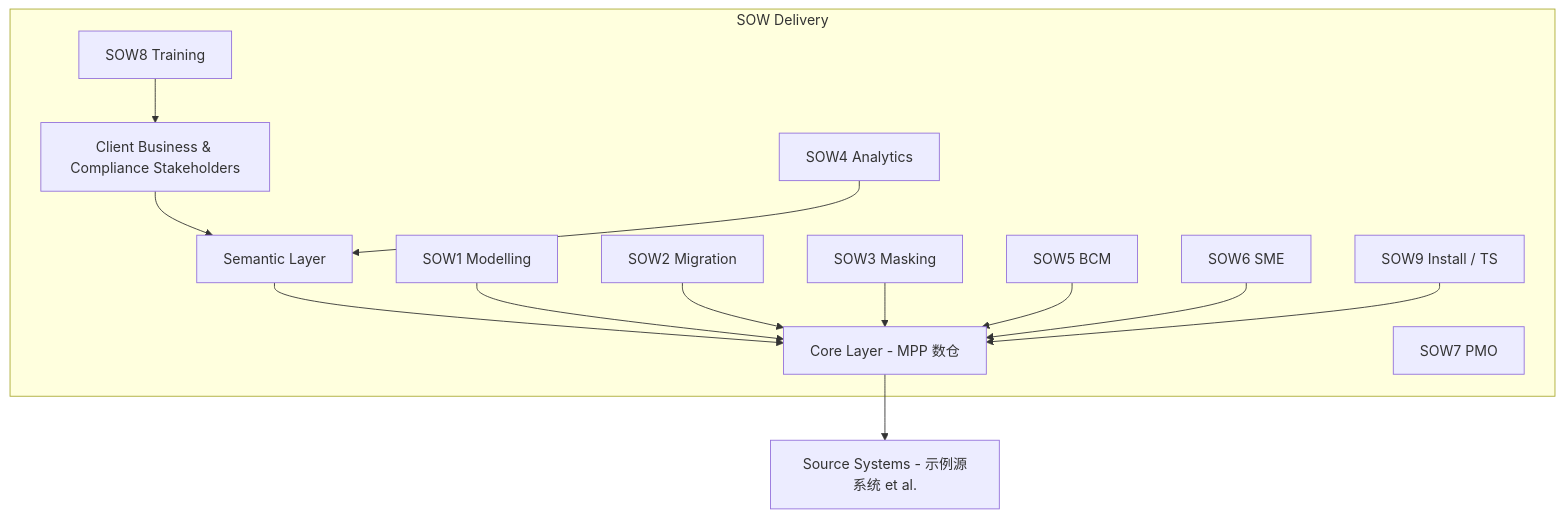
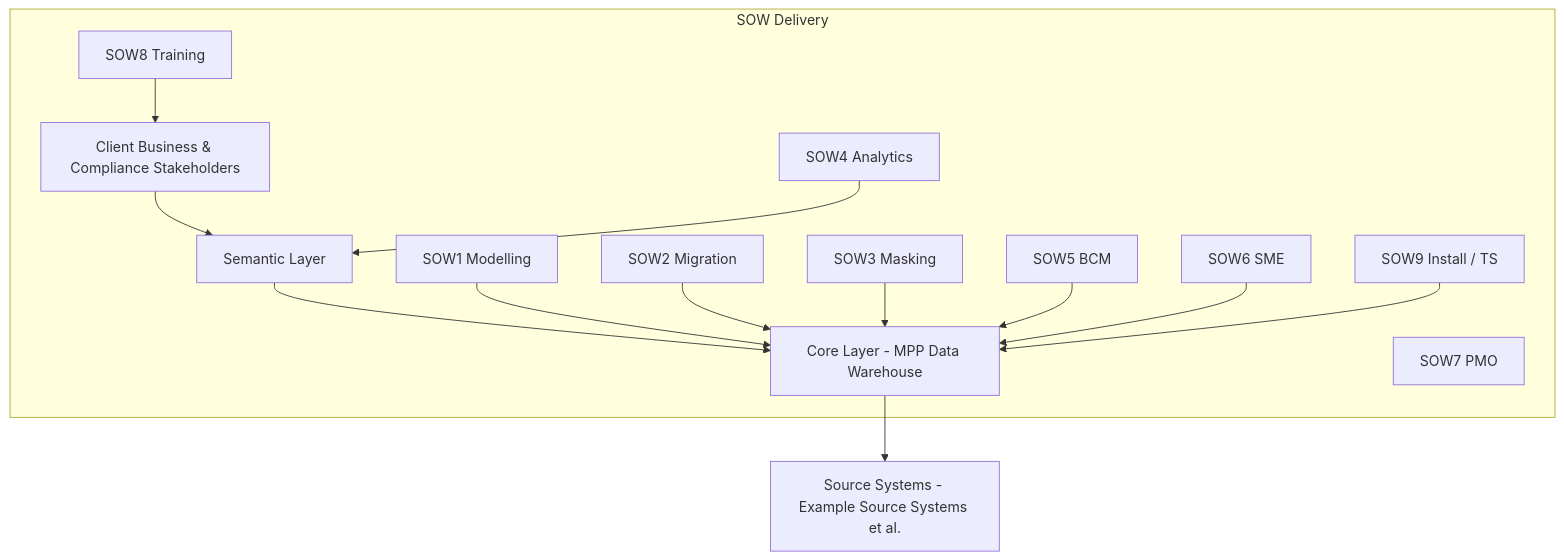
Before and after one commit to RabbitAI-Lab/rabbit-plugins-upstream: the first of 2 diagrams in skills/clawhub/pm-master-2/templates/program/program_charter.md, drawn with Mermaid. The commit also changed 22213 other files, not shown here.

````diff
--- a/skills/clawhub/pm-master-2/templates/program/program_charter.md
+++ b/skills/clawhub/pm-master-2/templates/program/program_charter.md
@@ -17,17 +17,17 @@
 ```mermaid
 graph TD
   CLIENT[Client Business & Compliance Stakeholders] --> SEM[Semantic Layer]
-  SEM --> CORE[Core Layer - MPP 数仓]
-  CORE --> SRC[Source Systems - 示例源系统 et al.]
+  SEM --> CORE[Core Layer - MPP Data Warehouse]
+  CORE --> SRC[Source Systems - Example Source Systems et al.]
   subgraph DELIVERY[SOW Delivery]
     S1[SOW1 Modelling] --> CORE
     S2[SOW2 Migration] --> CORE
     S3[SOW3 Masking] --> CORE
     S4[SOW4 Analytics] --> SEM
     S5[SOW5 BCM] --> CORE
     S6[SOW6 SME] --> CORE
     S9[SOW9 Install / TS] --> CORE
     S8[SOW8 Training] --> CLIENT
     S7[SOW7 PMO]
   end
 ```
````
